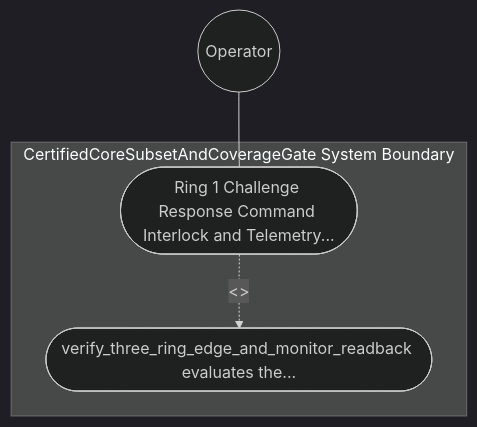
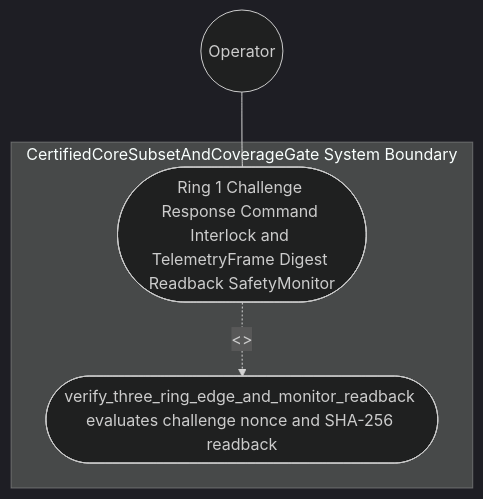
The diagram in .pipeline/upstream/docs/use-cases/UC-64-Ring_1_Challenge_Response_Command_Interlock_and_TelemetryFrame_Digest_Readback_SafetyMonitor_Against_Ring_3_Faults.md (gintatkinson/DEAP01-spec-core), drawn with Mermaid (dark theme) before and after one commit. The commit also changed other lines of this file and 225 other files, not shown here.

````diff
--- a/.pipeline/upstream/docs/use-cases/UC-64-Ring_1_Challenge_Response_Command_Interlock_and_TelemetryFrame_Digest_Readback_SafetyMonitor_Against_Ring_3_Faults.md
+++ b/.pipeline/upstream/docs/use-cases/UC-64-Ring_1_Challenge_Response_Command_Interlock_and_TelemetryFrame_Digest_Readback_SafetyMonitor_Against_Ring_3_Faults.md
@@ -16,9 +16,9 @@
 ```mermaid
 graph TD
     subgraph "CertifiedCoreSubsetAndCoverageGate System Boundary"
-        UC_Main(["Ring 1 Challenge Response Command Interlock and Telemetry..."])
-        UC_Step01(["verify_three_ring_edge_and_monitor_readback evaluates the..."])
+        UC_Main(["Ring 1 Challenge Response Command Interlock and TelemetryFrame Digest Readback SafetyMonitor"])
+        UC_Step01(["verify_three_ring_edge_and_monitor_readback evaluates challenge nonce and SHA-256 readback"])
     end
     Operator(("Operator")) --- UC_Main
     UC_Main -. "<<include>>" .-> UC_Step01
 ```
````
